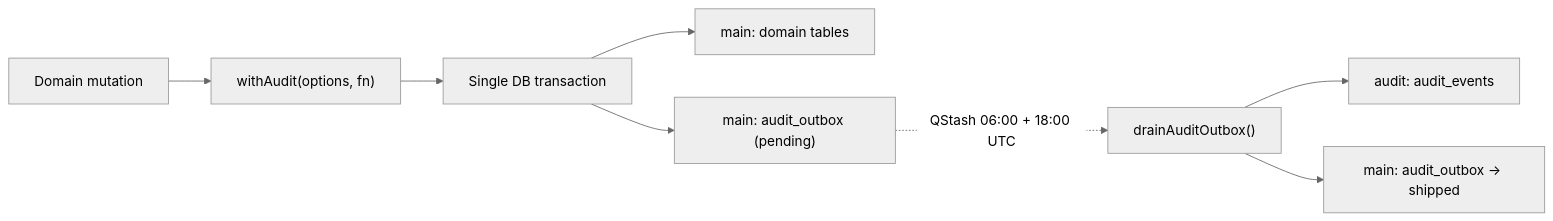
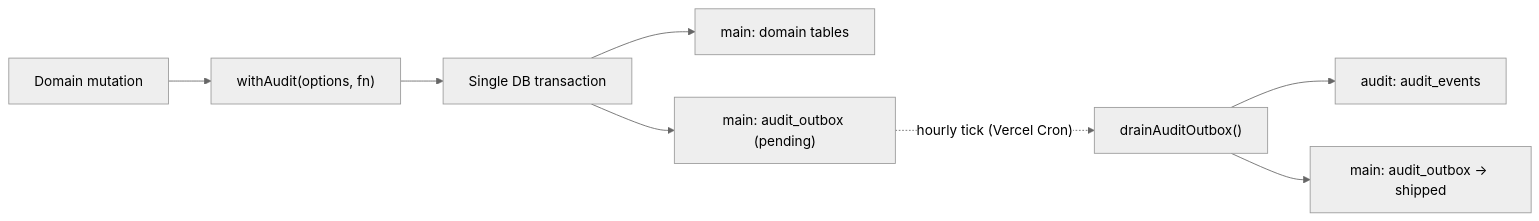
One commit to rodrigobarona/elevacare-monorepo changed the diagram in packages/audit/README.md. Above: the diagram before and after it, drawn with Mermaid (neutral theme). The commit also changed other lines of this file and 28 other files, not shown here.

First line of the commit message:
fix(audit): log every read of a session record and ship the log hourly (#380)

````diff
--- a/packages/audit/README.md
+++ b/packages/audit/README.md
@@ -26,10 +26,10 @@
 ```mermaid
 flowchart LR
     mutation["Domain mutation"] --> withAudit["withAudit(options, fn)"]
     withAudit --> tx["Single DB transaction"]
     tx --> domainRows["main: domain tables"]
     tx --> outbox["main: audit_outbox (pending)"]
-    outbox -.->|"QStash 06:00 + 18:00 UTC"| drainer["drainAuditOutbox()"]
+    outbox -.->|"hourly tick (Vercel Cron)"| drainer["drainAuditOutbox()"]
     drainer --> auditEvents["audit: audit_events"]
     drainer --> shipped["main: audit_outbox → shipped"]
 ```
````
